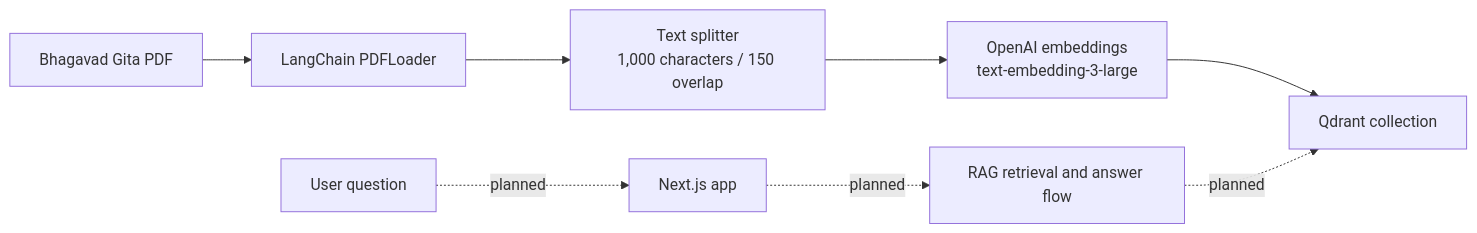
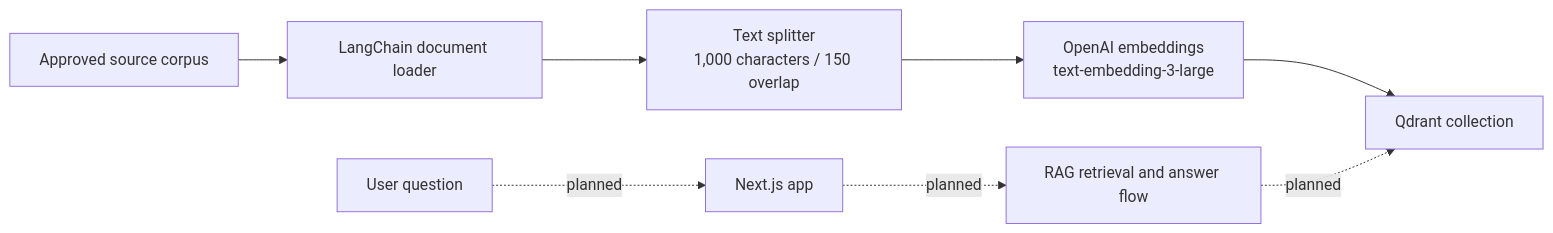
Before and after one commit to amritrajputt/Ask-to-Geeta: the diagram in README.md, drawn with Mermaid. The commit also changed other lines of this file, not shown here.

````diff
--- a/README.md
+++ b/README.md
@@ -44,11 +25,11 @@
 ```mermaid
 flowchart LR
-	PDF["Bhagavad Gita PDF"] --> Loader["LangChain PDFLoader"]
+	Source["Approved source corpus"] --> Loader["LangChain document loader"]
 	Loader --> Splitter["Text splitter<br/>1,000 characters / 150 overlap"]
 	Splitter --> Embed["OpenAI embeddings<br/>text-embedding-3-large"]
 	Embed --> Qdrant["Qdrant collection"]
 
 	User["User question"] -. planned .-> Web["Next.js app"]
 	Web -. planned .-> Retrieval["RAG retrieval and answer flow"]
 	Retrieval -. planned .-> Qdrant
 ```
````
